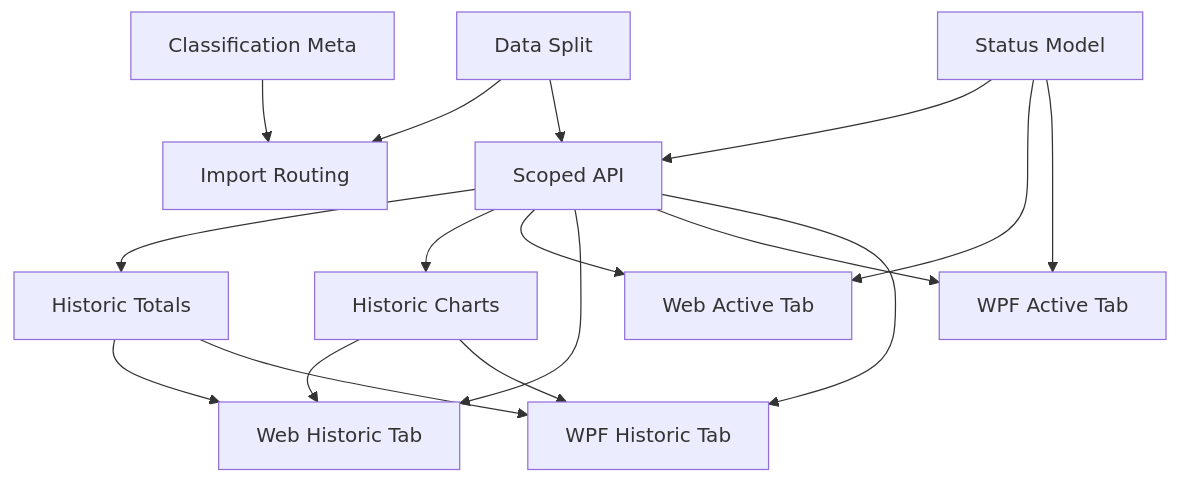
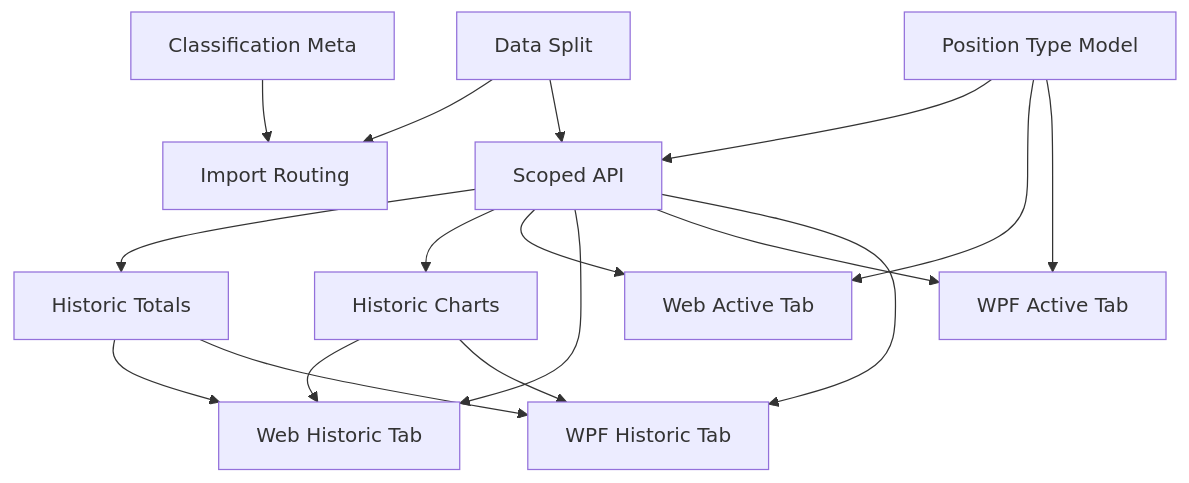
The diagram in docs/prd/P10-prd-historic-investments/prd-historic-investments.md (ggibellato/Financial), drawn with Mermaid before and after one commit. The commit also changed other lines of this file, not shown here.

First line of the commit message:
docs(P10): rename Status/PositionStatus to PositionType in the PRD (#163)

````diff
--- a/docs/prd/P10-prd-historic-investments/prd-historic-investments.md
+++ b/docs/prd/P10-prd-historic-investments/prd-historic-investments.md
@@ -339,19 +339,19 @@
 ```mermaid
 graph TD
-  F01[Status Model] --> F05[Scoped API]
+  F01[Position Type Model] --> F05[Scoped API]
   F02[Data Split] --> F04[Import Routing]
   F02 --> F05
   F03[Classification Meta] --> F04
   F05 --> F06[Historic Totals]
   F05 --> F07[Historic Charts]
   F01 --> F08[Web Active Tab]
   F05 --> F08
   F05 --> F09[Web Historic Tab]
   F06 --> F09
   F07 --> F09
   F01 --> F10[WPF Active Tab]
   F05 --> F10
   F05 --> F11[WPF Historic Tab]
   F06 --> F11
   F07 --> F11
 ```
````
